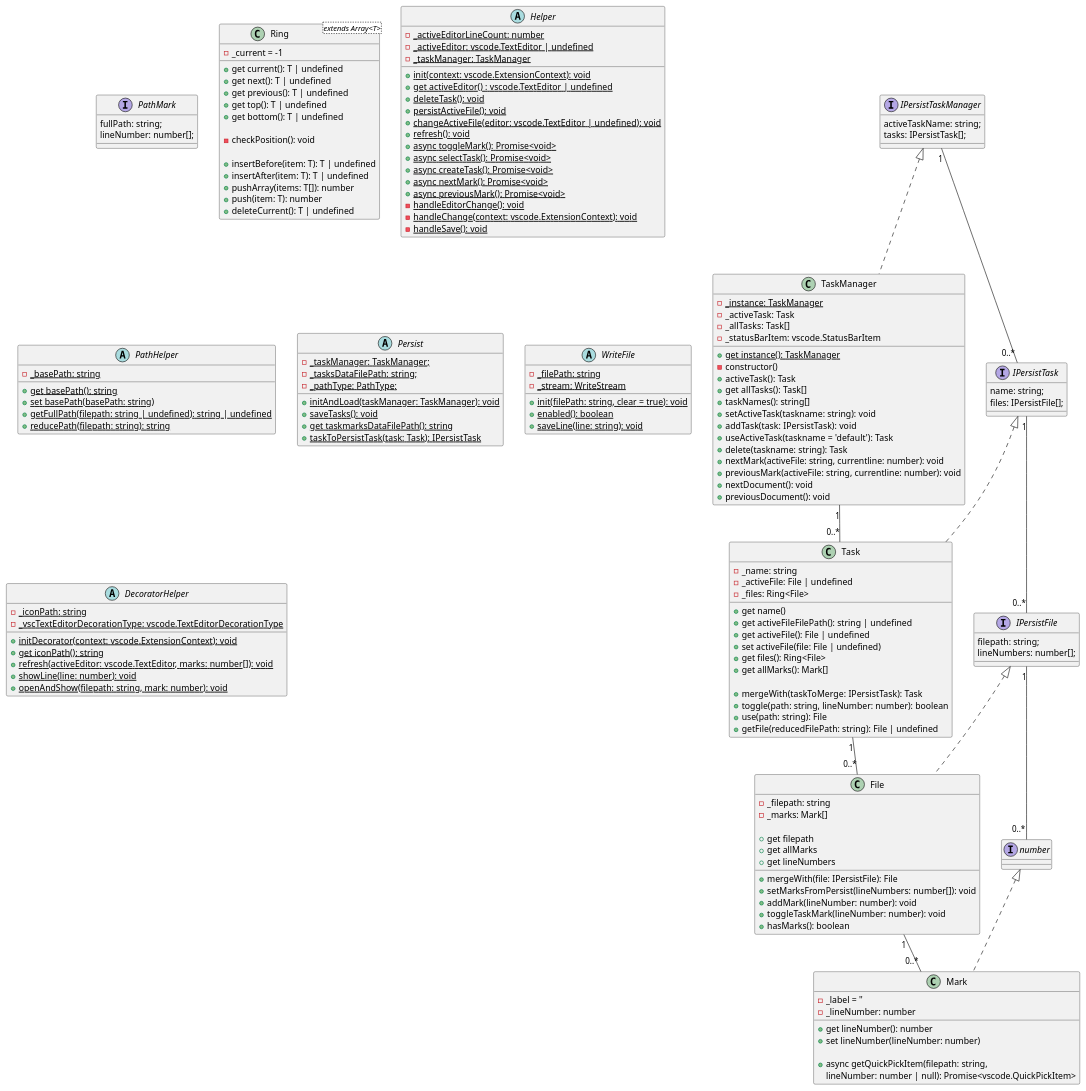
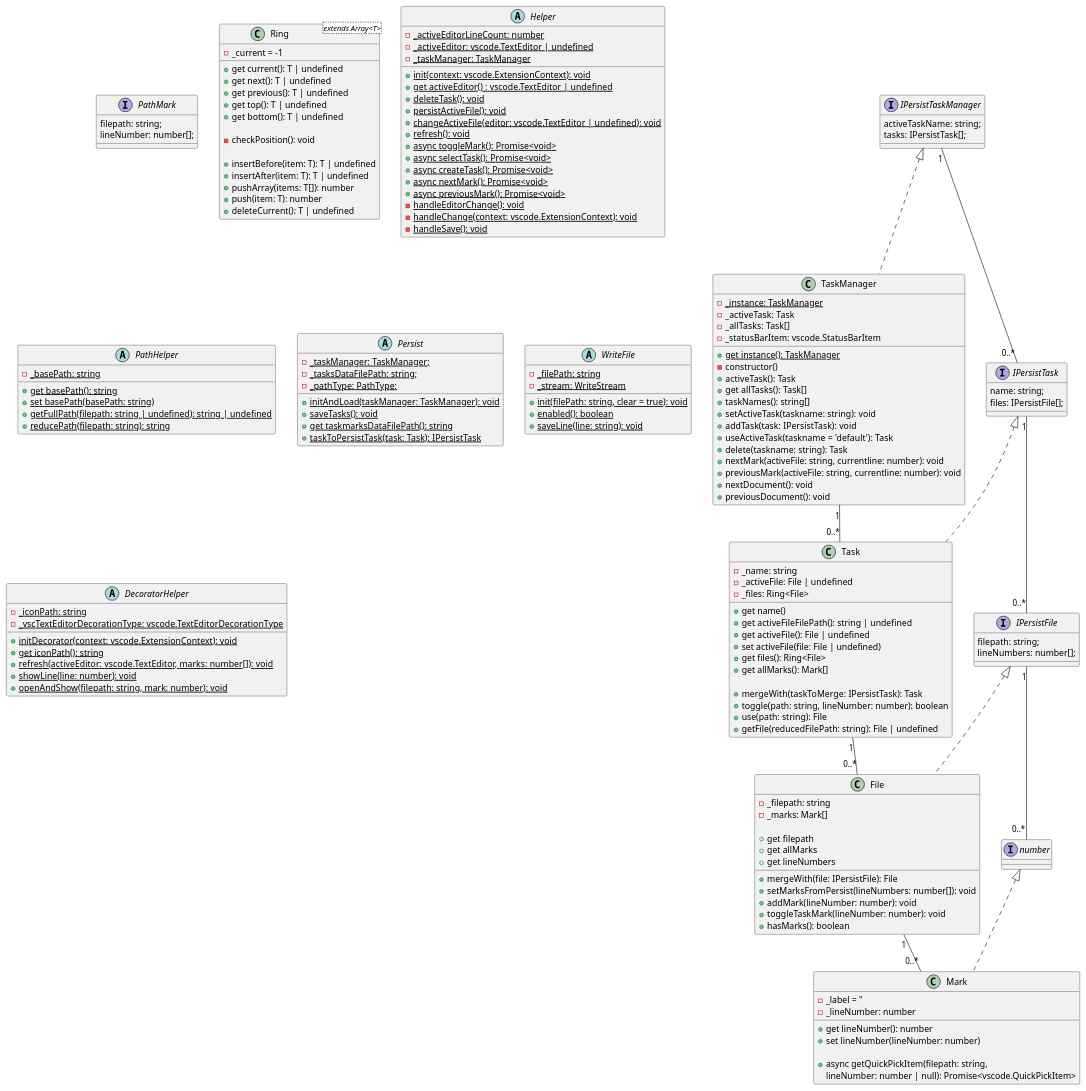
One commit to norbertK/taskmarks changed the diagram in docu/inMemory.puml. Above: the diagram before and after it, drawn with PlantUML. The commit also changed 9 other files, not shown here.

```diff
--- a/docu/inMemory.puml
+++ b/docu/inMemory.puml
@@ -3,182 +3,182 @@
 @startuml
 
 
 class TaskManager {
     -{static}_instance: TaskManager
     +{static}get instance(): TaskManager
     -constructor()
  -_activeTask: Task
  -_allTasks: Task[]
  -_statusBarItem: vscode.StatusBarItem
 
  +activeTask(): Task
  +get allTasks(): Task[]
  +taskNames(): string[]
  +setActiveTask(taskname: string): void
  +addTask(task: IPersistTask): void
  +useActiveTask(taskname = 'default'): Task
  +delete(taskname: string): Task
  +nextMark(activeFile: string, currentline: number): void
  +previousMark(activeFile: string, currentline: number): void
  +nextDocument(): void
  +previousDocument(): void
 }
 
 class Task {
  -_name: string
  -_activeFile: File | undefined
  -_files: Ring<File>
 
  +get name()
  +get activeFileFilePath(): string | undefined
  +get activeFile(): File | undefined
  +set activeFile(file: File | undefined)
  +get files(): Ring<File>
  +get allMarks(): Mark[] 
 
  +mergeWith(taskToMerge: IPersistTask): Task
  +toggle(path: string, lineNumber: number): boolean
  +use(path: string): File
  +getFile(reducedFilePath: string): File | undefined
 }
 
 class File {
  -_filepath: string
  -_marks: Mark[]
 
  +get filepath
  +get allMarks
  +get lineNumbers
 
  +mergeWith(file: IPersistFile): File
  +setMarksFromPersist(lineNumbers: number[]): void
  +addMark(lineNumber: number): void
  +toggleTaskMark(lineNumber: number): void
  +hasMarks(): boolean
 }
 
 class Mark {
  -_label = ''
  -_lineNumber: number
 
  +get lineNumber(): number
  +set lineNumber(lineNumber: number)
 
  +async getQuickPickItem(filepath: string,
     lineNumber: number | null): Promise<vscode.QuickPickItem>
 }
 
 TaskManager "1" -- "0..*" Task
 Task "1" -- "0..*" File
 File "1" -- "0..*" Mark
 
 
 interface IPersistTaskManager {
   activeTaskName: string;
   tasks: IPersistTask[];
 }
 
 interface IPersistTask {
   name: string;
   files: IPersistFile[];
 }
 
 interface IPersistFile {
   filepath: string;
   lineNumbers: number[];
 }
 interface number {
 }
 
 interface PathMark {
-  fullPath: string;
+  filepath: string;
   lineNumber: number[];
 }
 
 IPersistTaskManager "1" -- "0..*" IPersistTask
 IPersistTask "1" -- "0..*" IPersistFile
 IPersistFile "1" -- "0..*" number
 
 
 IPersistTaskManager <|.. TaskManager
 IPersistTask <|.. Task
 IPersistFile <|.. File
 number <|.. Mark
 
 class Ring<extends Array<T>> {
     -_current = -1
 
     +get current(): T | undefined
     +get next(): T | undefined
     +get previous(): T | undefined
     +get top(): T | undefined
     +get bottom(): T | undefined
     
     -checkPosition(): void
 
     +insertBefore(item: T): T | undefined
     +insertAfter(item: T): T | undefined
     +pushArray(items: T[]): number
     +push(item: T): number
     +deleteCurrent(): T | undefined
 
 
 }
 
 abstract class Helper{
     -{static}_activeEditorLineCount: number
     -{static}_activeEditor: vscode.TextEditor | undefined
     -{static}_taskManager: TaskManager
     +{static}init(context: vscode.ExtensionContext): void
     +{static}get activeEditor() : vscode.TextEditor | undefined
     +{static}deleteTask(): void
     +{static}persistActiveFile(): void
     +{static}changeActiveFile(editor: vscode.TextEditor | undefined): void
     +{static}refresh(): void
     +{static}async toggleMark(): Promise<void>
     +{static}async selectTask(): Promise<void>
     +{static}async createTask(): Promise<void>
     +{static}async nextMark(): Promise<void>
     +{static}async previousMark(): Promise<void>
     -{static}handleEditorChange(): void
     -{static}handleChange(context: vscode.ExtensionContext): void
     -{static}handleSave(): void
 }
 
 abstract class PathHelper{
     -{static}_basePath: string
     +{static}get basePath(): string
     +{static}set basePath(basePath: string)
     +{static}getFullPath(filepath: string | undefined): string | undefined
     +{static}reducePath(filepath: string): string
 }
 
 abstract class Persist{
     -{static}_taskManager: TaskManager;
     -{static}_tasksDataFilePath: string;
     -{static}_pathType: PathType;
     +{static}initAndLoad(taskManager: TaskManager): void
     +{static}saveTasks(): void
     +{static}get taskmarksDataFilePath(): string
     +{static}taskToPersistTask(task: Task): IPersistTask
 }
 
 abstract class WriteFile{
     -{static}_filePath: string
     -{static}_stream: WriteStream
     +{static}init(filePath: string, clear = true): void
     +{static}enabled(): boolean
     +{static}saveLine(line: string): void
 }
 
 abstract class DecoratorHelper{
     -{static}_iconPath: string
     -{static}_vscTextEditorDecorationType: vscode.TextEditorDecorationType
     +{static}initDecorator(context: vscode.ExtensionContext): void
     +{static}get iconPath(): string
     +{static}refresh(activeEditor: vscode.TextEditor, marks: number[]): void
     +{static}showLine(line: number): void
     +{static}openAndShow(filepath: string, mark: number): void
 }
 
 @enduml
```
